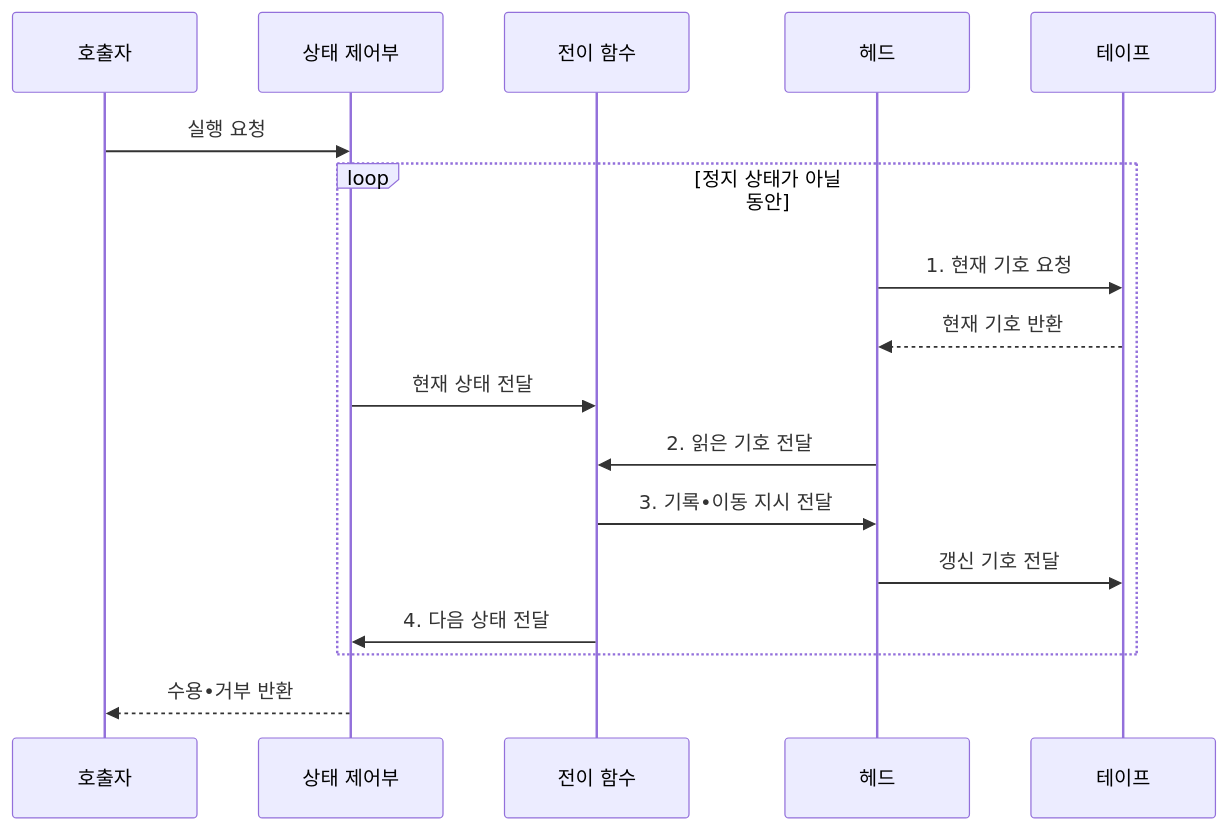
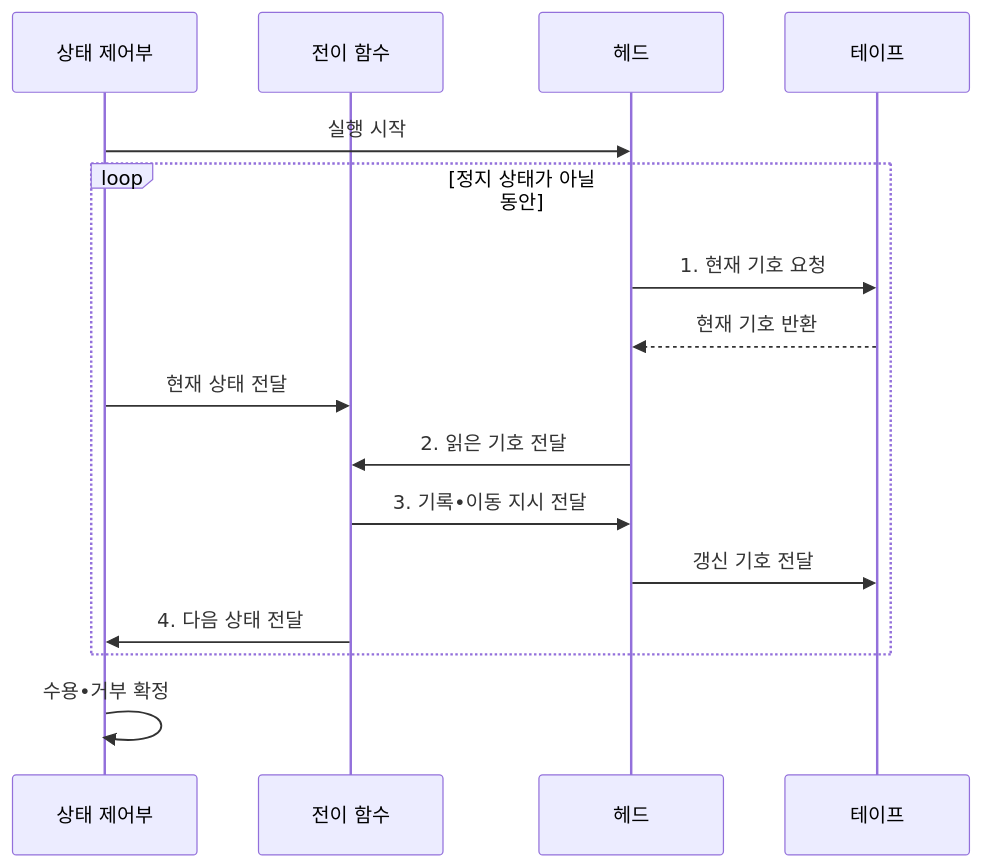
The second of 2 diagrams in src/content/docs/notes/01-basic-theory/022_turing_machine.md (agnusdei1207/knowledge-base), drawn with Mermaid before and after one commit. The commit also changed 3 other files, not shown here.

Commit message:
Trim nonessential flow endpoints

````diff
--- a/src/content/docs/notes/01-basic-theory/022_turing_machine.md
+++ b/src/content/docs/notes/01-basic-theory/022_turing_machine.md
@@ -97,19 +97,18 @@
 ```mermaid
 sequenceDiagram
-    participant Q as 호출자
     participant S as 상태 제어부
     participant T as 전이 함수
     participant H as 헤드
     participant P as 테이프
-    Q->>S: 실행 요청
+    S->>H: 실행 시작
     loop 정지 상태가 아닐 동안
         H->>P: 1. 현재 기호 요청
         P-->>H: 현재 기호 반환
         S->>T: 현재 상태 전달
         H->>T: 2. 읽은 기호 전달
         T->>H: 3. 기록•이동 지시 전달
         H->>P: 갱신 기호 전달
         T->>S: 4. 다음 상태 전달
     end
-    S-->>Q: 수용•거부 반환
+    S->>S: 수용•거부 확정
 ```
````
